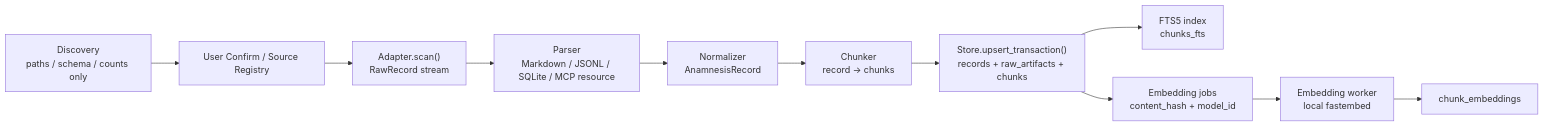
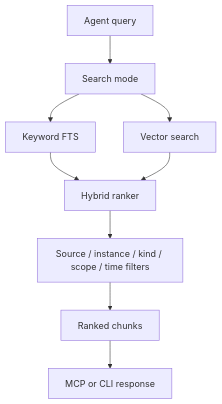
Before and after one commit to Trapezohe/Anamnesis: the third of 5 diagrams in README.md, drawn with Mermaid. The commit also changed other lines of this file and 27 other files, not shown here.

````diff
--- a/README.md
+++ b/README.md
@@ -203,13 +154,11 @@
 ```mermaid
-flowchart LR
-  A["Discovery<br/>paths / schema / counts only"] --> B["User Confirm / Source Registry"]
-  B --> C["Adapter.scan()<br/>RawRecord stream"]
-  C --> D["Parser<br/>Markdown / JSONL / SQLite / MCP resource"]
-  D --> E["Normalizer<br/>AnamnesisRecord"]
-  E --> F["Chunker<br/>record -> chunks"]
-  F --> G["Store.upsert_transaction()<br/>records + raw_artifacts + chunks"]
-  G --> H["FTS5 index<br/>chunks_fts"]
-  G --> I["Embedding jobs<br/>content_hash + model_id"]
-  I --> J["Embedding worker<br/>local fastembed"]
-  J --> K["chunk_embeddings"]
+flowchart TD
+    Q["Agent query"] --> M["Search mode"]
+    M --> K["Keyword FTS"]
+    M --> V["Vector search"]
+    K --> H["Hybrid ranker"]
+    V --> H
+    H --> F["Source / instance / kind / scope / time filters"]
+    F --> R["Ranked chunks"]
+    R --> C["MCP or CLI response"]
 ```
````
